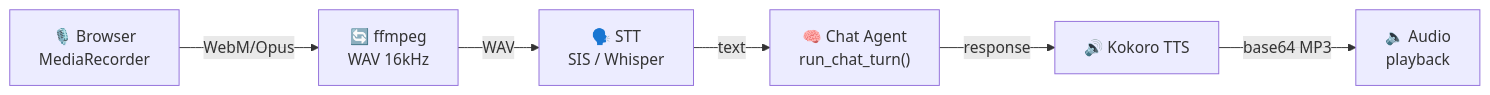
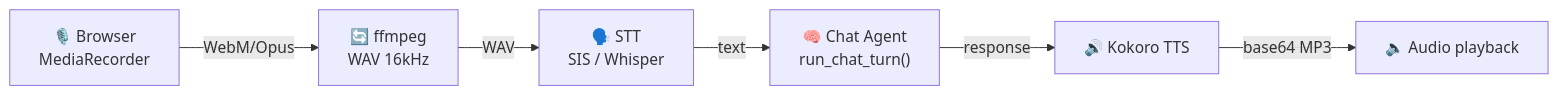
The fourth of 5 diagrams in README.md (mcastiblancoa/Huawei-Cloud-Smart-Assistant), drawn with Mermaid before and after one commit. The commit also changed other lines of this file and 12 other files, not shown here.

````diff
--- a/README.md
+++ b/README.md
@@ -917,8 +127,8 @@
 ```mermaid
 graph LR
     BR["🎙️ Browser<br/>MediaRecorder"] -->|WebM/Opus| FF["🔄 ffmpeg<br/>WAV 16kHz"]
     FF -->|WAV| STT["🗣️ STT<br/>SIS / Whisper"]
     STT -->|text| AGENT["🧠 Chat Agent<br/>run_chat_turn()"]
     AGENT -->|response| TTS["🔊 Kokoro TTS"]
-    TTS -->|base64 MP3| AUDIO["🔈 Audio<br/> playback"]
+    TTS -->|base64 MP3| AUDIO["🔈 Audio playback"]
 ```
````
